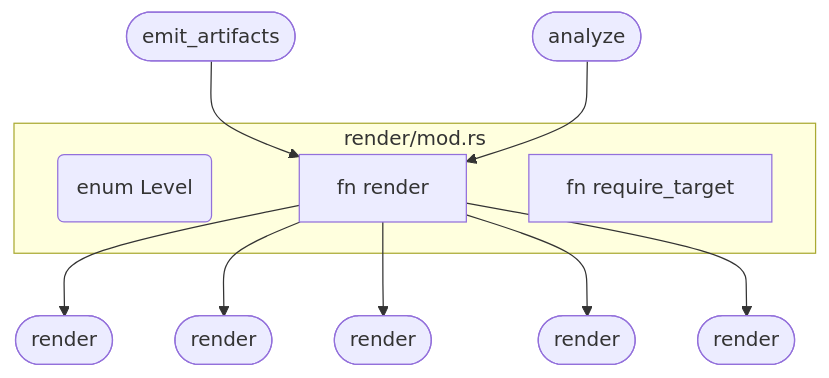
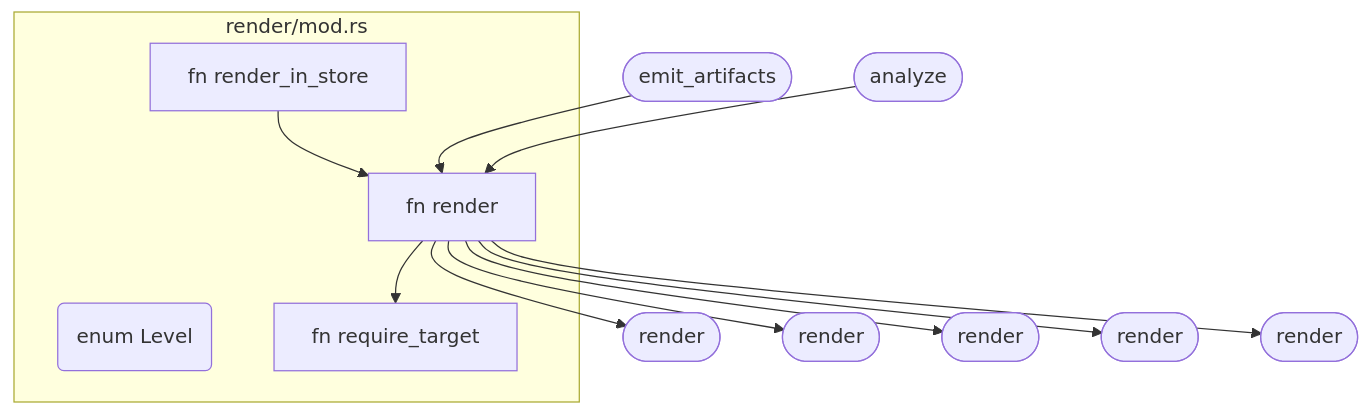
Before and after one commit to anatta-rs/ast-to-mermaid: the third of 6 diagrams in README.md, drawn with Mermaid. The commit also changed other lines of this file and 16 other files, not shown here.

First line of the commit message:
fix!: honest diagrams — 0.6.0 review batch + golden harness (v0.7.0) (#168)

````diff
--- a/README.md
+++ b/README.md
@@ -82,22 +86,25 @@
 ```mermaid
 graph TD
     subgraph render_mod["render/mod.rs"]
         level(enum Level)
         render["fn render"]
+        render_in_store["fn render_in_store"]
         require_target["fn require_target"]
     end
     function_render(["render"])
     impact_render(["render"])
     module_render(["render"])
     overview_render(["render"])
     project_render(["render"])
     emit_artifacts(["emit_artifacts"])
     analyze(["analyze"])
+    render --> require_target
+    render_in_store --> render
     render --> function_render
     render --> impact_render
     render --> module_render
     render --> overview_render
     render --> project_render
     emit_artifacts --> render
     analyze --> render
 ```
````
